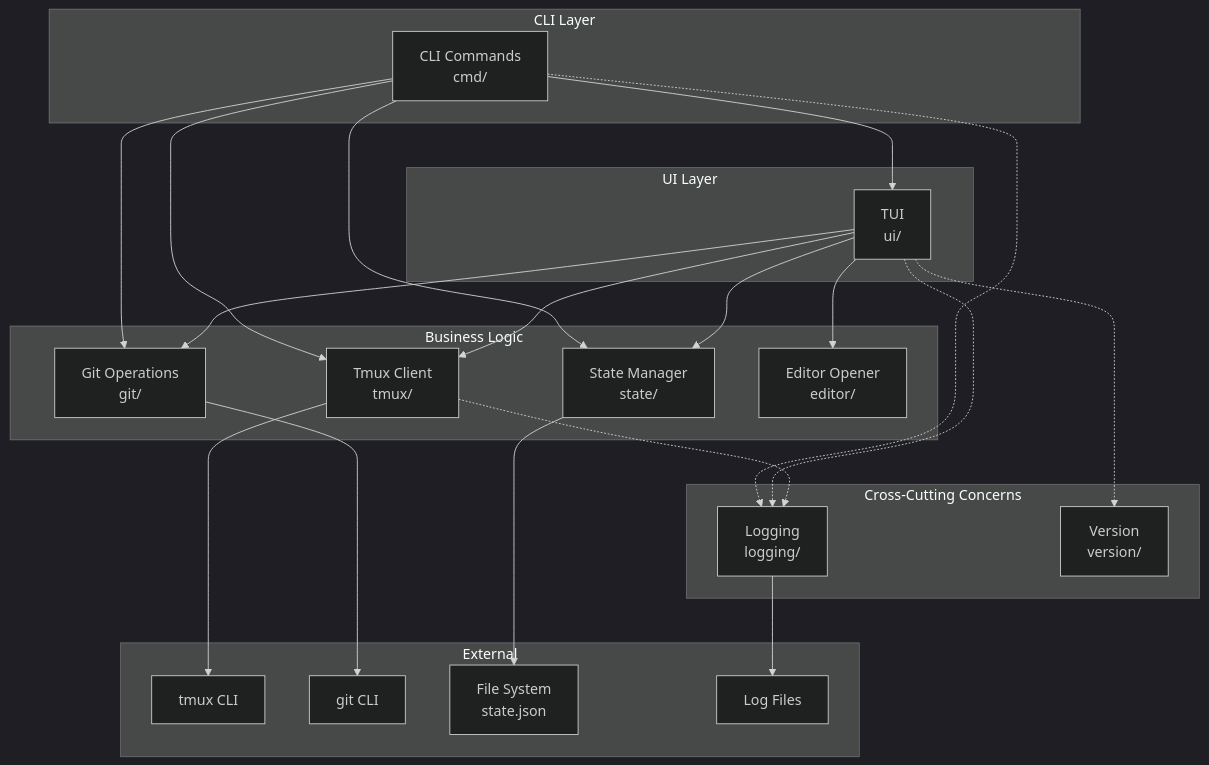
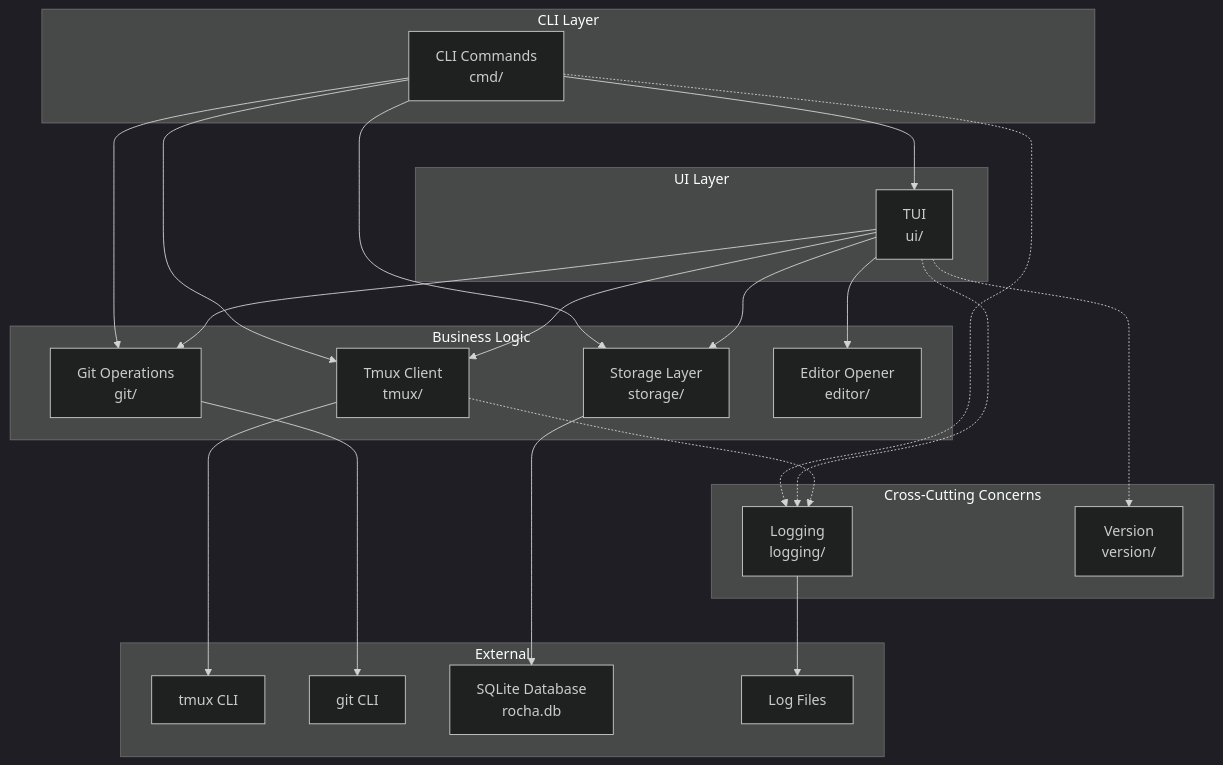
The first of 6 diagrams in ARCHITECTURE.md (renato0307/rocha), drawn with Mermaid (dark theme) before and after one commit. The commit also changed other lines of this file, not shown here.

First line of the commit message:
docs: update ARCHITECTURE.md for storage layer and status feature

````diff
--- a/ARCHITECTURE.md
+++ b/ARCHITECTURE.md
@@ -7,48 +7,48 @@
 ```mermaid
 graph TB
     subgraph "CLI Layer"
         CLI[CLI Commands<br/>cmd/]
     end
 
     subgraph "UI Layer"
         TUI[TUI<br/>ui/]
     end
 
     subgraph "Business Logic"
         TMUX[Tmux Client<br/>tmux/]
-        STATE[State Manager<br/>state/]
+        STORAGE[Storage Layer<br/>storage/]
         GIT[Git Operations<br/>git/]
         EDITOR[Editor Opener<br/>editor/]
     end
 
     subgraph "Cross-Cutting Concerns"
         LOG[Logging<br/>logging/]
         VER[Version<br/>version/]
     end
 
     subgraph "External"
         TMUXCLI[tmux CLI]
         GITCLI[git CLI]
-        FS[File System<br/>state.json]
+        DB[SQLite Database<br/>rocha.db]
         LOGFS[Log Files]
     end
 
     CLI --> TUI
     CLI --> TMUX
     CLI --> GIT
-    CLI --> STATE
+    CLI --> STORAGE
     TUI --> TMUX
-    TUI --> STATE
+    TUI --> STORAGE
     TUI --> GIT
     TUI --> EDITOR
     TMUX --> TMUXCLI
-    STATE --> FS
+    STORAGE --> DB
     GIT --> GITCLI
 
     %% Cross-cutting concerns (dotted lines)
     CLI -.-> LOG
     TUI -.-> LOG
     TUI -.-> VER
     TMUX -.-> LOG
     LOG --> LOGFS
 ```
````
